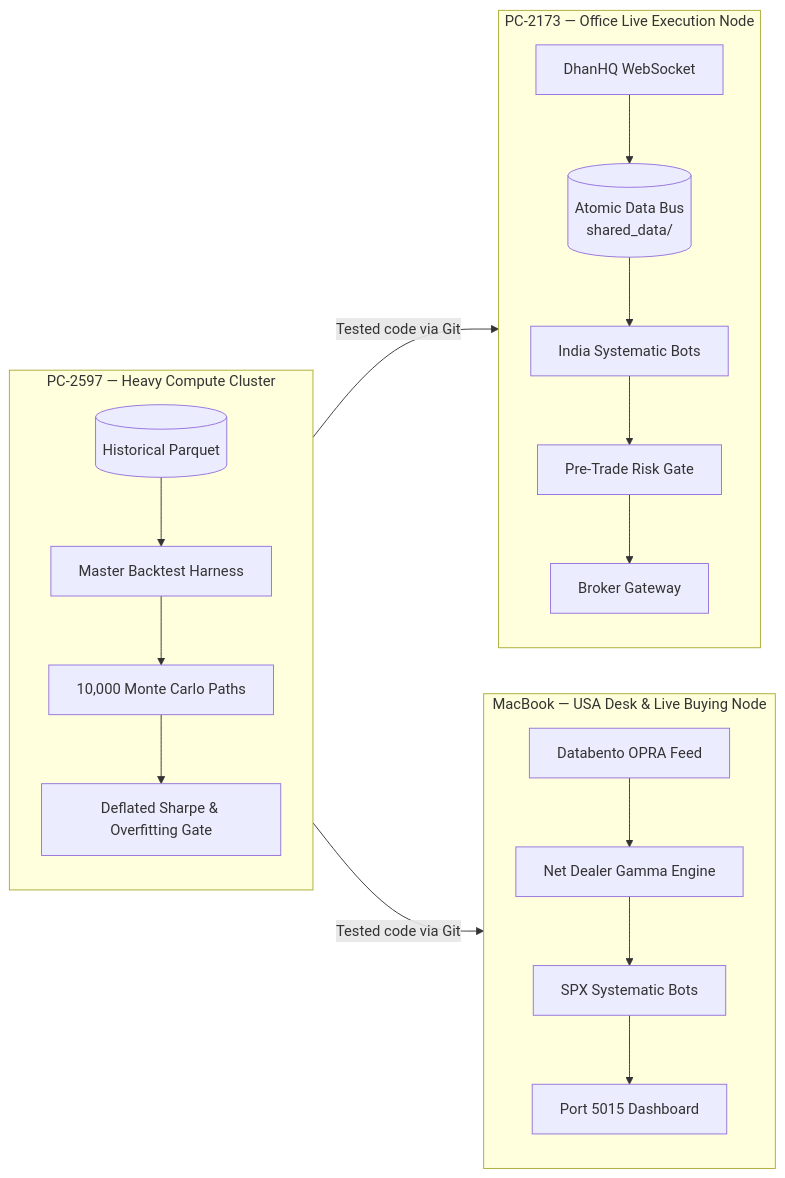
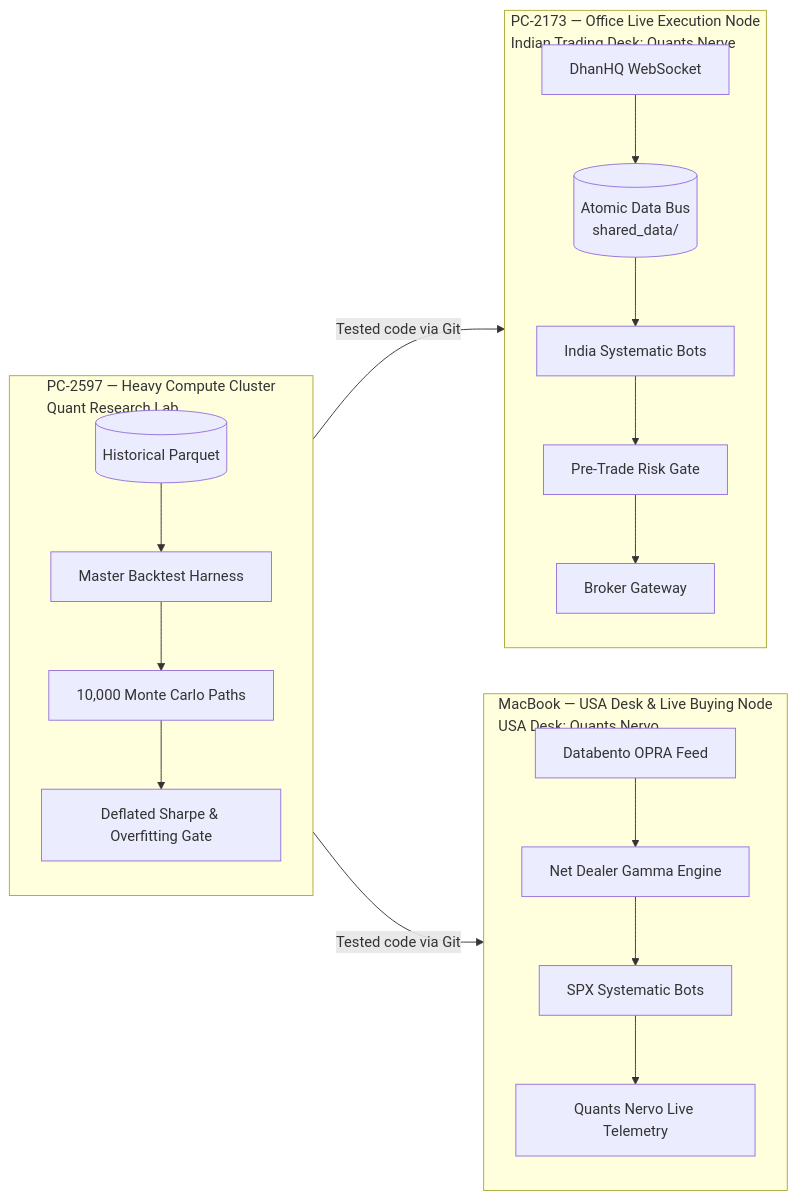
One commit to prince-chauhan-pc/prince-chauhan-pc changed the diagram in README.md. Above: the diagram before and after it, drawn with Mermaid. The commit also changed other lines of this file, not shown here.

Commit message:
docs(profile): update capacity to INR 100 Cr, integrate Quants Nerve & Quants Nervo

````diff
--- a/README.md
+++ b/README.md
@@ -38,24 +38,24 @@
 ```mermaid
 flowchart LR
-    subgraph Execution["PC-2173 — Office Live Execution Node"]
+    subgraph Execution["PC-2173 — Office Live Execution Node<br/>Indian Trading Desk: Quants Nerve"]
         Dhan[DhanHQ WebSocket] --> Bus1[(Atomic Data Bus<br/>shared_data/)]
         Bus1 --> Bots1[India Systematic Bots]
         Bots1 --> RMS[Pre-Trade Risk Gate]
         RMS --> Fills[Broker Gateway]
     end
 
-    subgraph Research["PC-2597 — Heavy Compute Cluster"]
+    subgraph Research["PC-2597 — Heavy Compute Cluster<br/>Quant Research Lab"]
         TickData[(Historical Parquet)] --> Harness[Master Backtest Harness]
         Harness --> MC[10,000 Monte Carlo Paths]
         MC --> Gate[Deflated Sharpe & Overfitting Gate]
     end
 
-    subgraph US_Node["MacBook — USA Desk & Live Buying Node"]
+    subgraph US_Node["MacBook — USA Desk & Live Buying Node<br/>USA Desk: Quants Nervo"]
         DataB[Databento OPRA Feed] --> GEX[Net Dealer Gamma Engine]
         GEX --> USBots[SPX Systematic Bots]
-        USBots --> USPort[Port 5015 Dashboard]
+        USBots --> USPort[Quants Nervo Live Telemetry]
     end
 
     Research -- Tested code via Git --> Execution
     Research -- Tested code via Git --> US_Node
 ```
````
